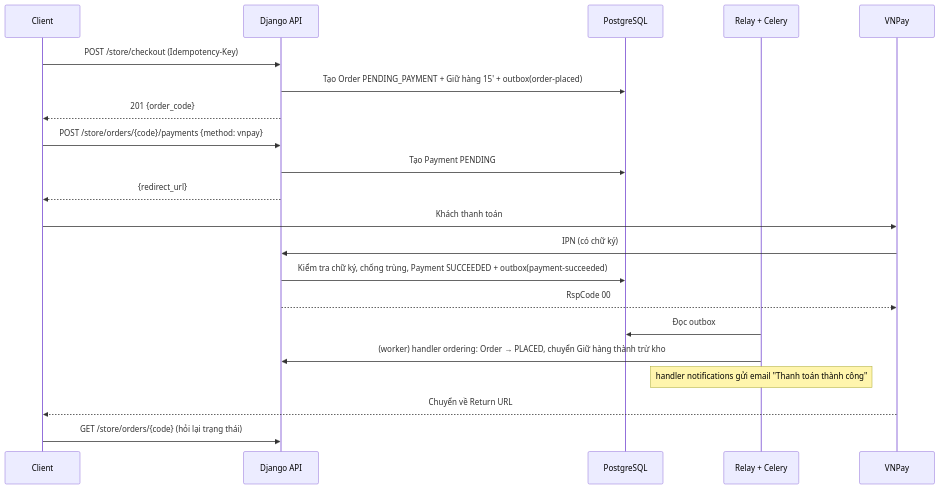
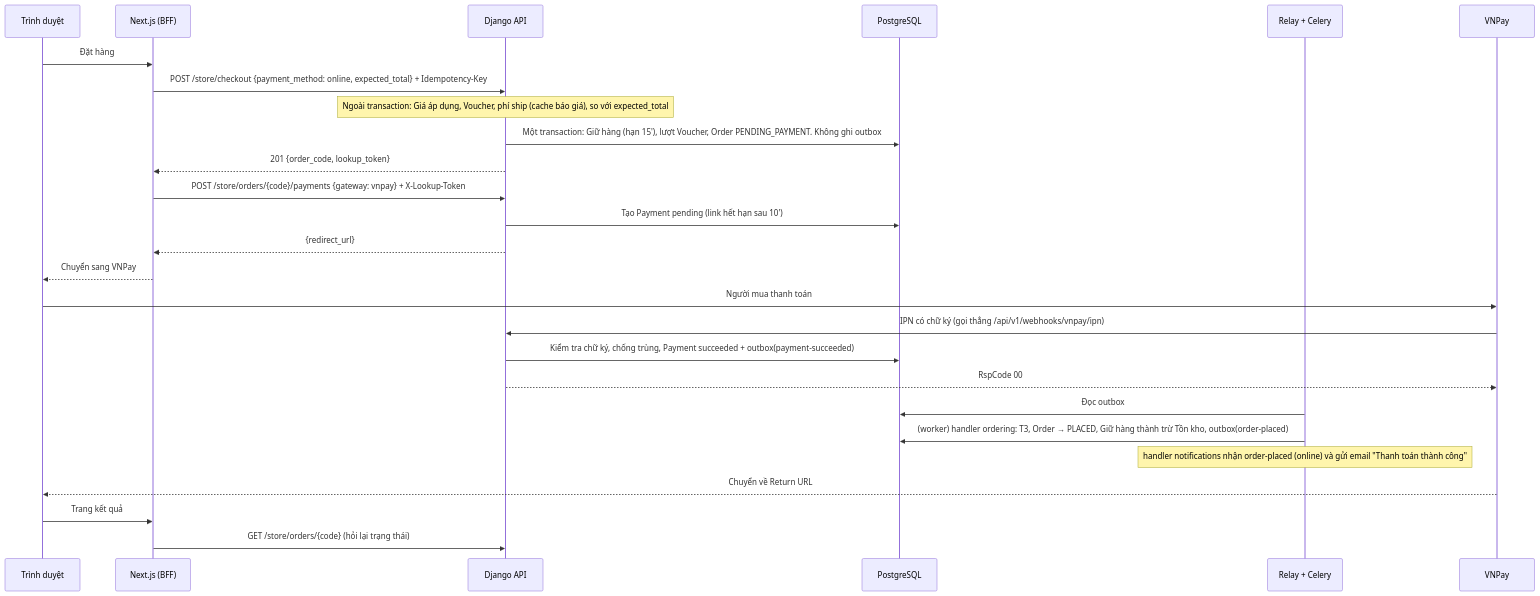
The fourth of 4 diagrams in docs/architecture/01-system-context.md (LuongCongThanh/boilerplate-ecommerce-next-16), drawn with Mermaid before and after one commit. The commit also changed other lines of this file and 21 other files, not shown here.

First line of the commit message:
docs: resolve architecture review findings

````diff
--- a/docs/architecture/01-system-context.md
+++ b/docs/architecture/01-system-context.md
@@ -118,24 +122,29 @@
 ```mermaid
 sequenceDiagram
-    participant C as Client
+    participant B as Trình duyệt
+    participant N as Next.js (BFF)
     participant API as Django API
     participant DB as PostgreSQL
     participant R as Relay + Celery
     participant V as VNPay
 
-    C->>API: POST /store/checkout (Idempotency-Key)
-    API->>DB: Tạo Order PENDING_PAYMENT + Giữ hàng 15' + outbox(order-placed)
-    API-->>C: 201 {order_code}
-    C->>API: POST /store/orders/{code}/payments {method: vnpay}
-    API->>DB: Tạo Payment PENDING
-    API-->>C: {redirect_url}
-    C->>V: Khách thanh toán
-    V->>API: IPN (có chữ ký)
-    API->>DB: Kiểm tra chữ ký, chống trùng, Payment SUCCEEDED + outbox(payment-succeeded)
+    B->>N: Đặt hàng
+    N->>API: POST /store/checkout {payment_method: online, expected_total} + Idempotency-Key
+    Note over API: Ngoài transaction: Giá áp dụng, Voucher, phí ship (cache báo giá), so với expected_total
+    API->>DB: Một transaction: Giữ hàng (hạn 15'), lượt Voucher, Order PENDING_PAYMENT. Không ghi outbox
+    API-->>N: 201 {order_code, lookup_token}
+    N->>API: POST /store/orders/{code}/payments {gateway: vnpay} + X-Lookup-Token
+    API->>DB: Tạo Payment pending (link hết hạn sau 10')
+    API-->>N: {redirect_url}
+    N-->>B: Chuyển sang VNPay
+    B->>V: Người mua thanh toán
+    V->>API: IPN có chữ ký (gọi thẳng /api/v1/webhooks/vnpay/ipn)
+    API->>DB: Kiểm tra chữ ký, chống trùng, Payment succeeded + outbox(payment-succeeded)
     API-->>V: RspCode 00
     R->>DB: Đọc outbox
-    R->>API: (worker) handler ordering: Order → PLACED, chuyển Giữ hàng thành trừ kho
-    Note over R: handler notifications gửi email "Thanh toán thành công"
-    V-->>C: Chuyển về Return URL
-    C->>API: GET /store/orders/{code} (hỏi lại trạng thái)
+    R->>DB: (worker) handler ordering: T3, Order → PLACED, Giữ hàng thành trừ Tồn kho, outbox(order-placed)
+    Note over R: handler notifications nhận order-placed (online) và gửi email "Thanh toán thành công"
+    V-->>B: Chuyển về Return URL
+    B->>N: Trang kết quả
+    N->>API: GET /store/orders/{code} (hỏi lại trạng thái)
 ```
````
